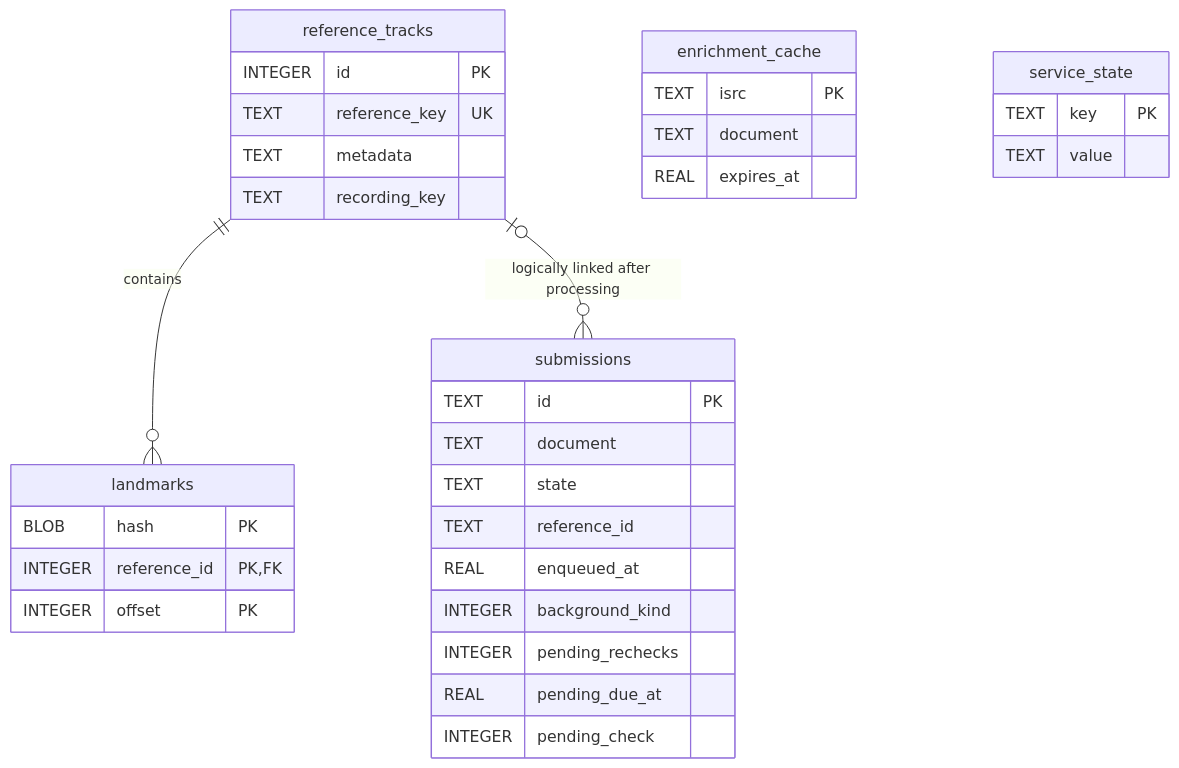
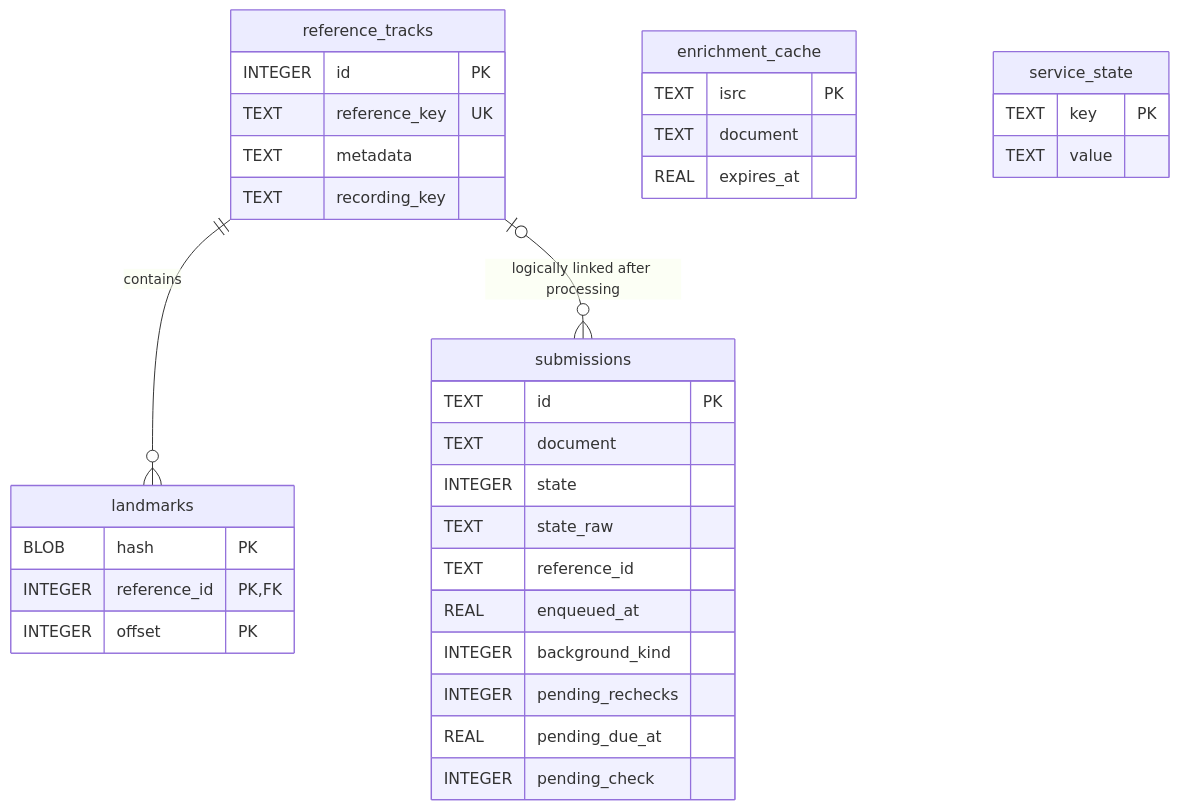
Before and after one commit to dmoo500/audio-fingerprint-server: the fourth of 4 diagrams in docs/architecture.md, drawn with Mermaid. The commit also changed other lines of this file and 64 other files, not shown here.

````diff
--- a/docs/architecture.md
+++ b/docs/architecture.md
@@ -104,36 +104,37 @@
 ```mermaid
 erDiagram
     reference_tracks ||--o{ landmarks : contains
     reference_tracks |o--o{ submissions : "logically linked after processing"
     submissions {
         TEXT id PK
         TEXT document
-        TEXT state
+        INTEGER state
+        TEXT state_raw
         TEXT reference_id
         REAL enqueued_at
         INTEGER background_kind
         INTEGER pending_rechecks
         REAL pending_due_at
         INTEGER pending_check
     }
     reference_tracks {
         INTEGER id PK
         TEXT reference_key UK
         TEXT metadata
         TEXT recording_key
     }
     landmarks {
         BLOB hash PK
         INTEGER reference_id PK, FK
         INTEGER offset PK
     }
     enrichment_cache {
         TEXT isrc PK
         TEXT document
         REAL expires_at
     }
     service_state {
         TEXT key PK
         TEXT value
     }
 ```
````
